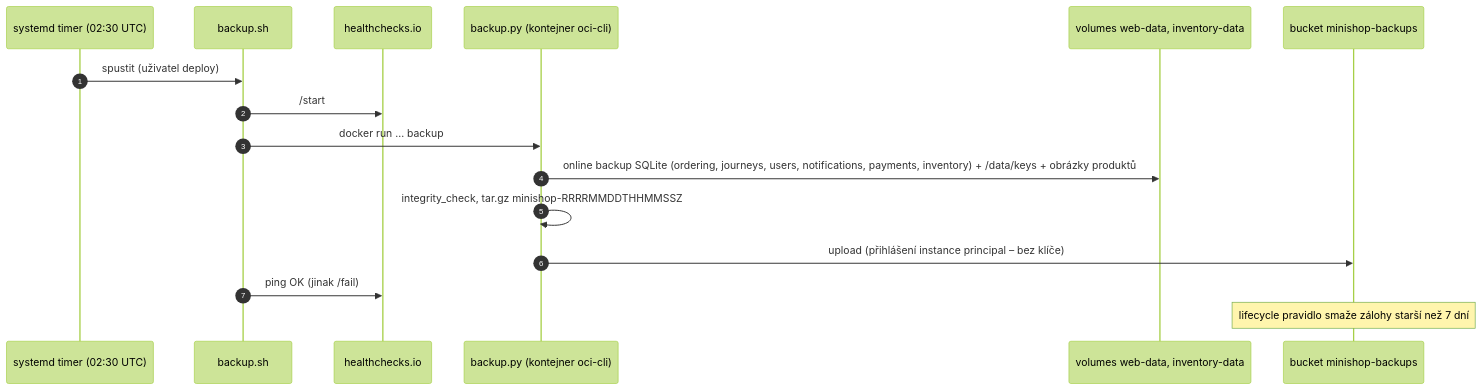
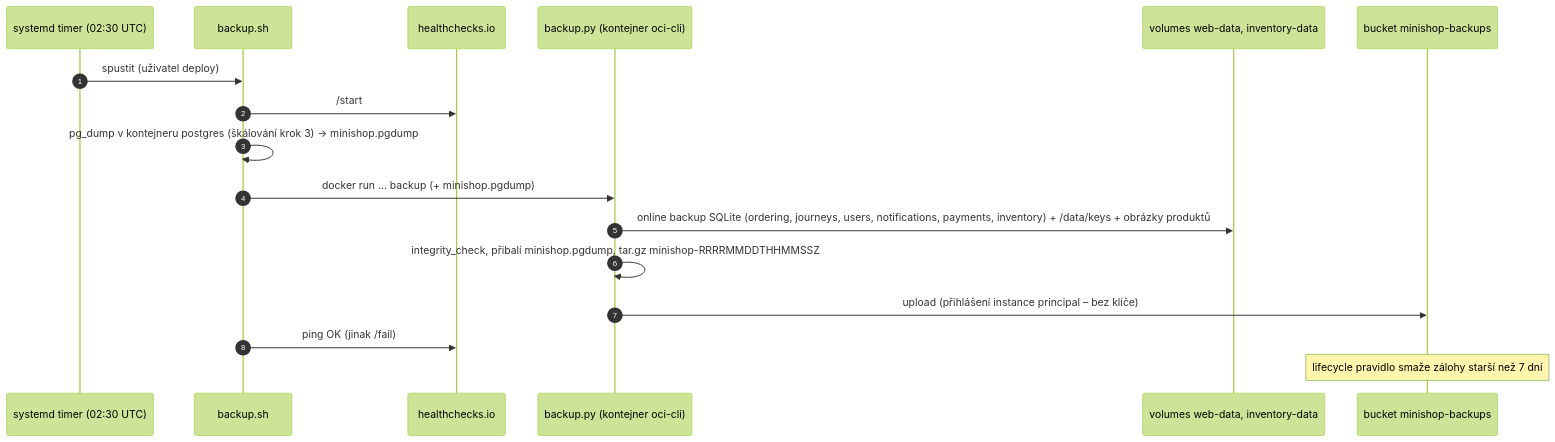
The diagram in docs/prirucka/nasazeni/zalohy.md (ftichy/MiniShop), drawn with Mermaid (forest theme) before and after one commit. The commit also changed other lines of this file and 35 other files, not shown here.

````diff
--- a/docs/prirucka/nasazeni/zalohy.md
+++ b/docs/prirucka/nasazeni/zalohy.md
@@ -12,19 +12,20 @@
 ```mermaid
 sequenceDiagram
     autonumber
     participant T as systemd timer (02:30 UTC)
     participant S as backup.sh
     participant HC as healthchecks.io
     participant P as backup.py (kontejner oci-cli)
     participant V as volumes web-data, inventory-data
     participant B as bucket minishop-backups
 
     T->>S: spustit (uživatel deploy)
     S->>HC: /start
-    S->>P: docker run … backup
+    S->>S: pg_dump v kontejneru postgres (škálování krok 3) → minishop.pgdump
+    S->>P: docker run … backup (+ minishop.pgdump)
     P->>V: online backup SQLite (ordering, journeys, users, notifications, payments, inventory) + /data/keys + obrázky produktů
-    P->>P: integrity_check, tar.gz minishop-RRRRMMDDTHHMMSSZ
+    P->>P: integrity_check, přibalí minishop.pgdump, tar.gz minishop-RRRRMMDDTHHMMSSZ
     P->>B: upload (přihlášení instance principal – bez klíče)
     S->>HC: ping OK (jinak /fail)
     Note over B: lifecycle pravidlo smaže zálohy starší než 7 dní
 ```
````
